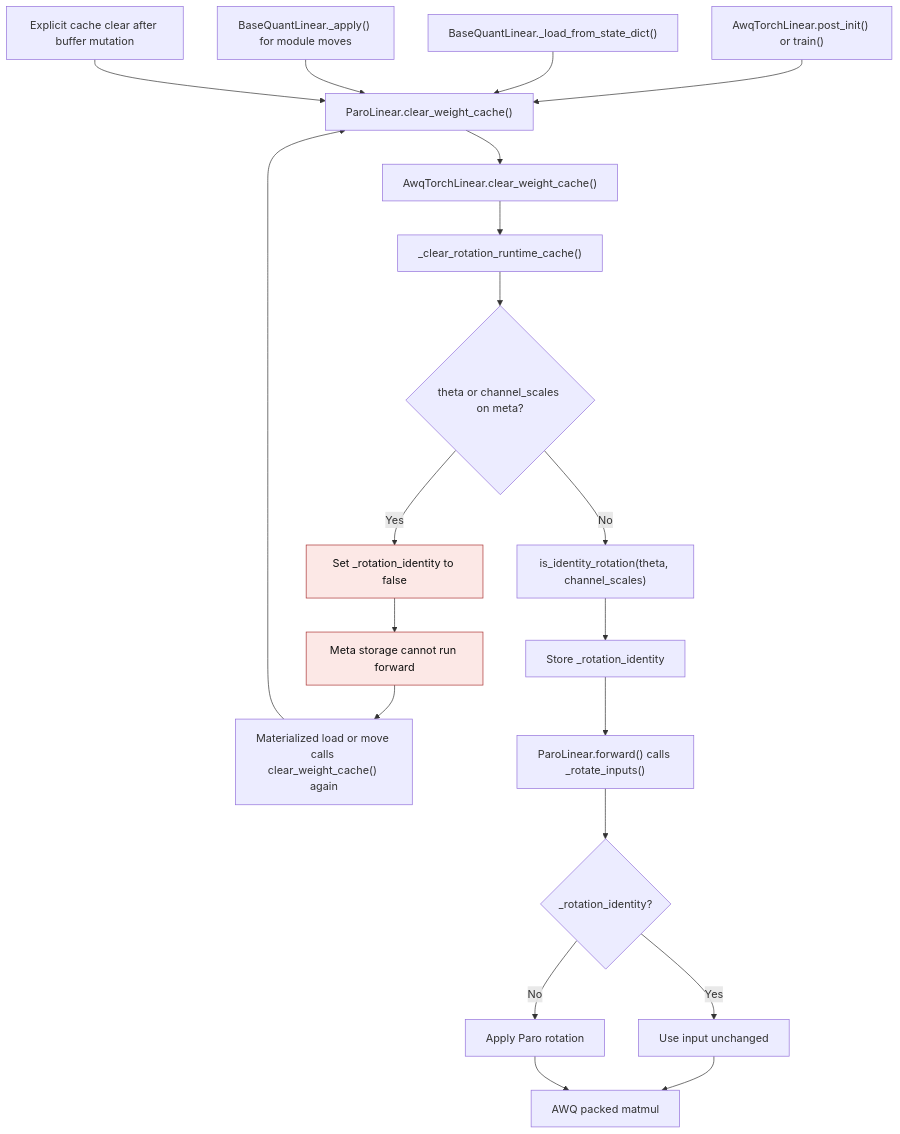
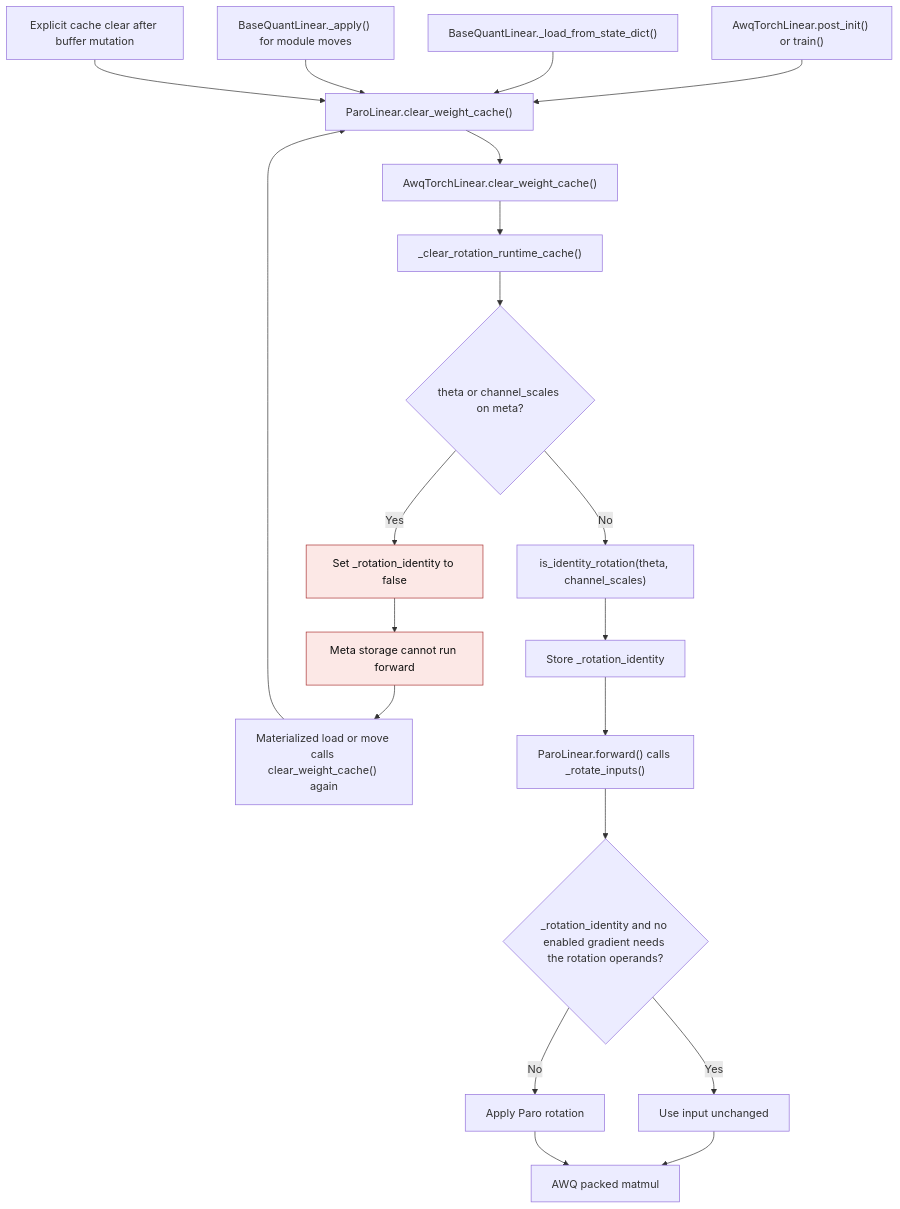
One commit to ModelCloud/GPTQModel changed the first of 7 diagrams in docs/paro.md. Above: the diagram before and after it, drawn with Mermaid. The commit also changed other lines of this file and 2 other files, not shown here.

````diff
--- a/docs/paro.md
+++ b/docs/paro.md
@@ -12,24 +12,24 @@
 ```mermaid
 flowchart TD
     P["AwqTorchLinear.post_init() or train()"] --> A
     Q["BaseQuantLinear._load_from_state_dict()"] --> A
     R["BaseQuantLinear._apply() for module moves"] --> A
     S["Explicit cache clear after buffer mutation"] --> A
     A["ParoLinear.clear_weight_cache()"] --> B["AwqTorchLinear.clear_weight_cache()"]
     B --> C["_clear_rotation_runtime_cache()"]
     C --> D{"theta or channel_scales on meta?"}
     D -- "Yes" --> E["Set _rotation_identity to false"]
     E --> X["Meta storage cannot run forward"]
     X --> H["Materialized load or move calls clear_weight_cache() again"]
     H --> A
     D -- "No" --> F["is_identity_rotation(theta, channel_scales)"]
     F --> G["Store _rotation_identity"]
     G --> I["ParoLinear.forward() calls _rotate_inputs()"]
-    I --> J{"_rotation_identity?"}
+    I --> J{"_rotation_identity and no enabled gradient needs the rotation operands?"}
     J -- "Yes" --> K["Use input unchanged"]
     J -- "No" --> L["Apply Paro rotation"]
     K --> M["AWQ packed matmul"]
     L --> M
     classDef blocked fill:#fce8e6,stroke:#a33,color:#111
     class E,X blocked
 ```
````
